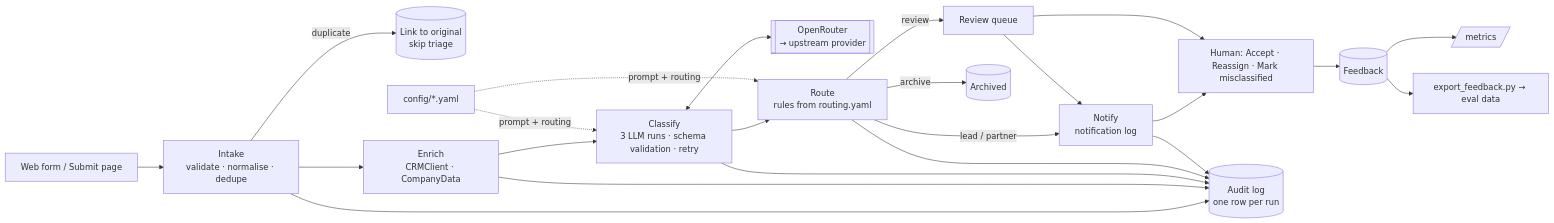
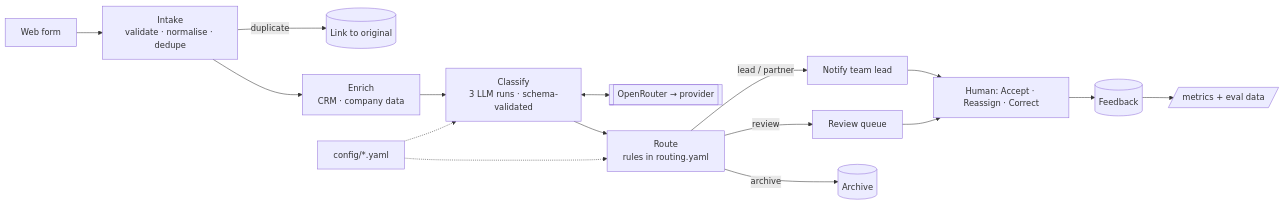
Before and after one commit to harshadindigal-dev/AIVCInterview: the diagram in ARCHITECTURE.md, drawn with Mermaid. The commit also changed other lines of this file and 13 other files, not shown here.

Commit message:
Align with the brief: half-page WRITEUP, 2-page ARCHITECTURE, Inbox home with triage outcomes, core-logic CLI, remove invented seeded reassignments

````diff
--- a/ARCHITECTURE.md
+++ b/ARCHITECTURE.md
@@ -5,20 +3,15 @@
 ```mermaid
 flowchart LR
-    F[Web form / Submit page] --> I[Intake<br/>validate · normalise · dedupe]
-    I -- duplicate --> DUP[(Link to original<br/>skip triage)]
-    I --> E[Enrich<br/>CRMClient · CompanyData]
-    E --> C[Classify<br/>3 LLM runs · schema validation · retry]
-    C <--> OR[[OpenRouter<br/>→ upstream provider]]
-    C --> R[Route<br/>rules from routing.yaml]
-    R -- lead / partner --> N[Notify<br/>notification log]
+    F[Web form] --> I[Intake<br/>validate · normalise · dedupe]
+    I -- duplicate --> DUP[(Link to original)]
+    I --> E[Enrich<br/>CRM · company data]
+    E --> C[Classify<br/>3 LLM runs · schema-validated]
+    C <--> OR[[OpenRouter → provider]]
+    C --> R[Route<br/>rules in routing.yaml]
+    R -- lead / partner --> N[Notify team lead]
     R -- review --> Q[Review queue]
-    Q --> N
-    R -- archive --> A[(Archived)]
-    N --> H[Human: Accept · Reassign · Mark misclassified]
-    Q --> H
-    H --> FB[(Feedback)]
-    FB --> M[/metrics/]
-    FB --> X[export_feedback.py → eval data]
-    I & E & C & R & N --> AU[(Audit log<br/>one row per run)]
-    Y[config/*.yaml] -. prompt + routing .-> C & R
+    R -- archive --> A[(Archive)]
+    N & Q --> H[Human: Accept · Reassign · Correct]
+    H --> FB[(Feedback)] --> M[/metrics + eval data/]
+    Y[config/*.yaml] -.-> C & R
 ```
````
